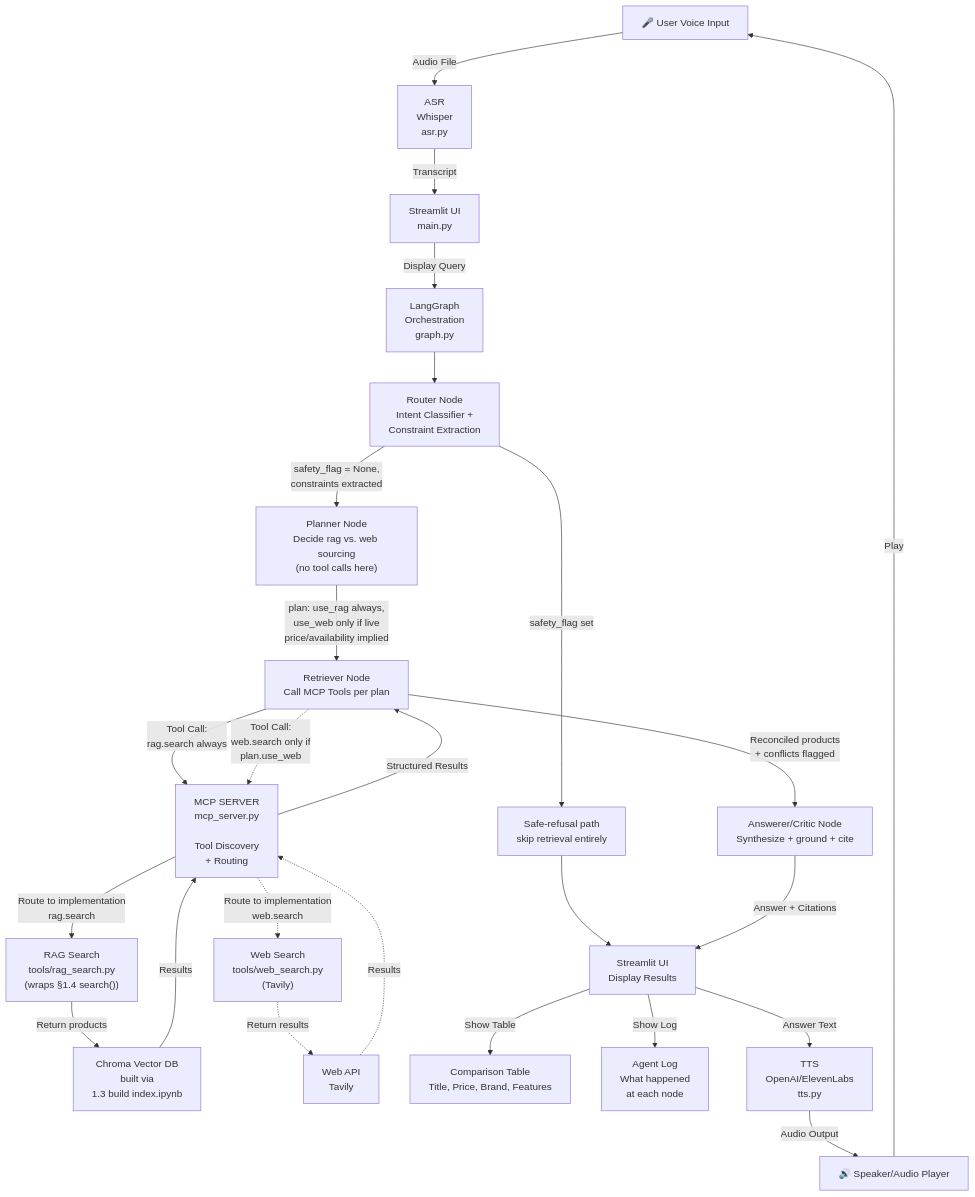
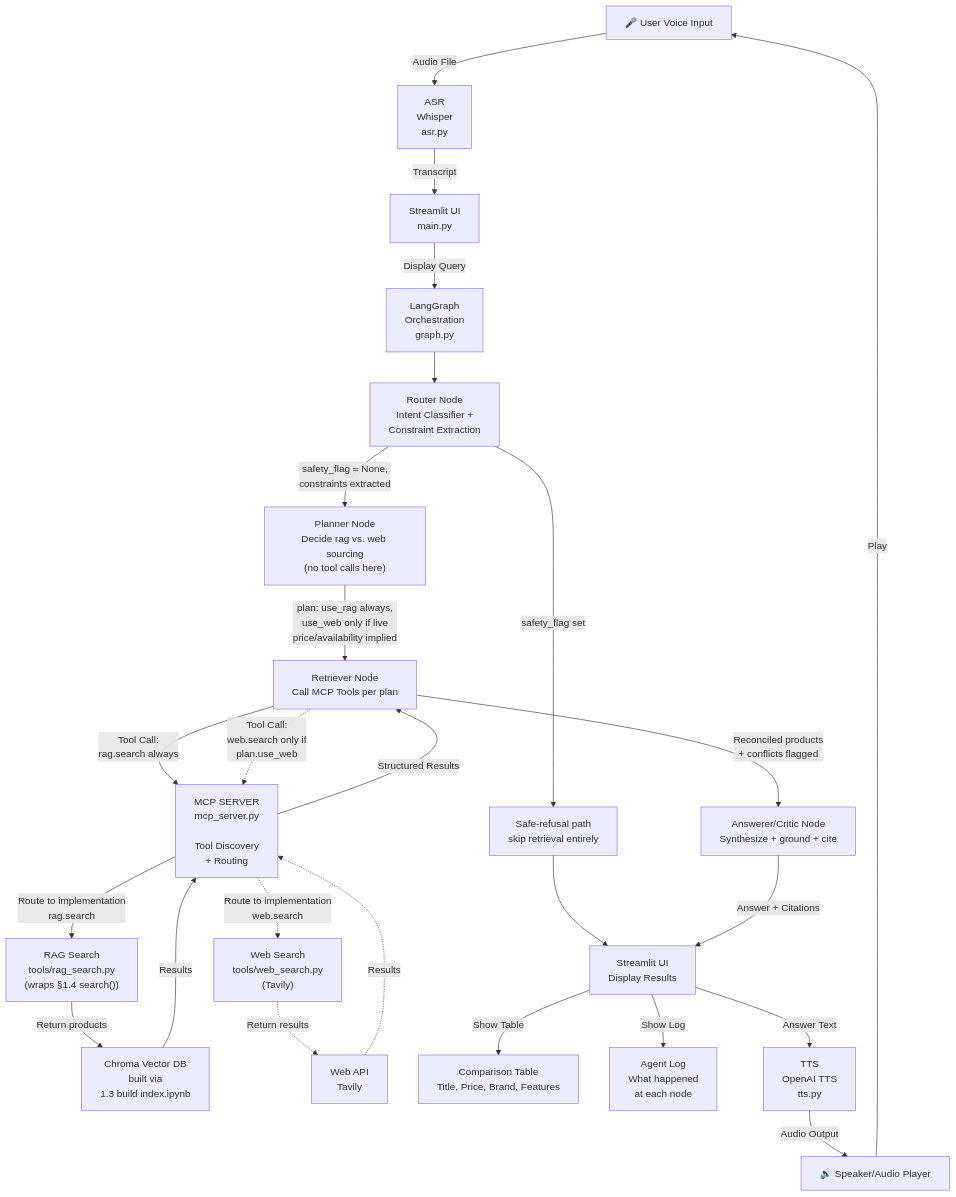
The diagram in README.md (pareeyaporn/Agentic-Voice-to-Voice-AI), drawn with Mermaid before and after one commit. The commit also changed other lines of this file and 8 other files, not shown here.

Commit message:
Implement ASR and TTS modules using faster-whisper and OpenAI TTS

````diff
--- a/README.md
+++ b/README.md
@@ -19,43 +19,43 @@
 ```mermaid
 graph TD
     A["🎤 User Voice Input"] -->|Audio File| B["ASR<br/>Whisper<br/>asr.py"]
 
     B -->|Transcript| C["Streamlit UI<br/>main.py"]
 
     C -->|Display Query| D["LangGraph<br/>Orchestration<br/>graph.py"]
 
     D --> E["Router Node<br/>Intent Classifier +<br/>Constraint Extraction"]
 
     E -->|safety_flag set| S["Safe-refusal path<br/>skip retrieval entirely"]
     E -->|safety_flag = None,<br/>constraints extracted| F["Planner Node<br/>Decide rag vs. web sourcing<br/>(no tool calls here)"]
 
     F -->|plan: use_rag always,<br/>use_web only if live<br/>price/availability implied| R["Retriever Node<br/>Call MCP Tools per plan"]
 
     R -->|Tool Call:<br/>rag.search always| G["MCP SERVER<br/>mcp_server.py<br/><br/>Tool Discovery<br/>+ Routing"]
 
     R -.->|Tool Call:<br/>web.search only if<br/>plan.use_web| G
 
     G -->|Route to implementation<br/>rag.search| H["RAG Search<br/>tools/rag_search.py<br/>(wraps §1.4 search())"]
     G -.->|Route to implementation<br/>web.search| I["Web Search<br/>tools/web_search.py<br/>(Tavily)"]
 
     H -->|Return products| J["Chroma Vector DB<br/>built via<br/>1.3 build index.ipynb"]
     I -.->|Return results| K["Web API<br/>Tavily"]
 
     J -->|Results| G
     K -.->|Results| G
 
     G -->|Structured Results| R
 
     R -->|Reconciled products<br/>+ conflicts flagged| L["Answerer/Critic Node<br/>Synthesize + ground + cite"]
 
     S --> M["Streamlit UI<br/>Display Results"]
     L -->|Answer + Citations| M
 
     M -->|Show Table| N["Comparison Table<br/>Title, Price, Brand, Features"]
     M -->|Show Log| O["Agent Log<br/>What happened<br/>at each node"]
 
-    M -->|Answer Text| P["TTS<br/>OpenAI/ElevenLabs<br/>tts.py"]
+    M -->|Answer Text| P["TTS<br/>OpenAI TTS<br/>tts.py"]
     P -->|Audio Output| Q["🔊 Speaker/Audio Player"]
 
     Q -->|Play| A
 ```
````
